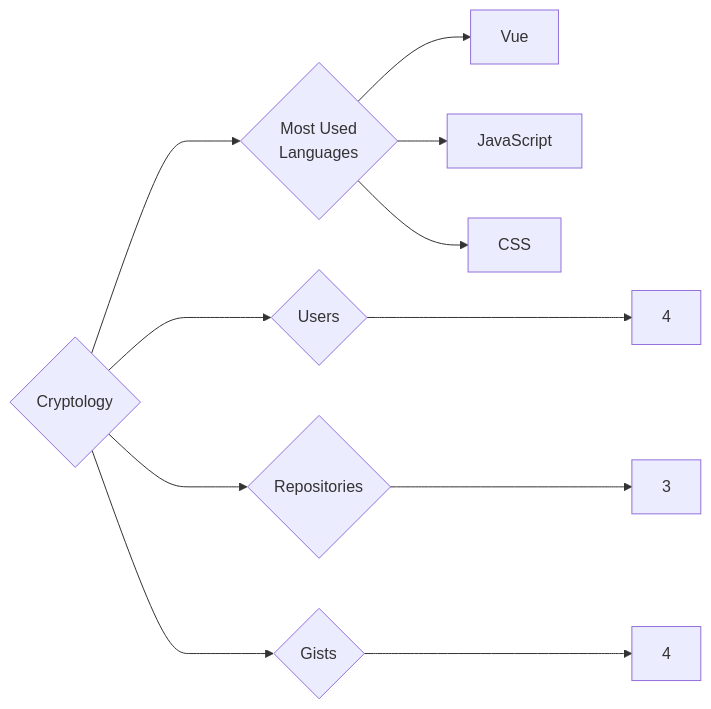
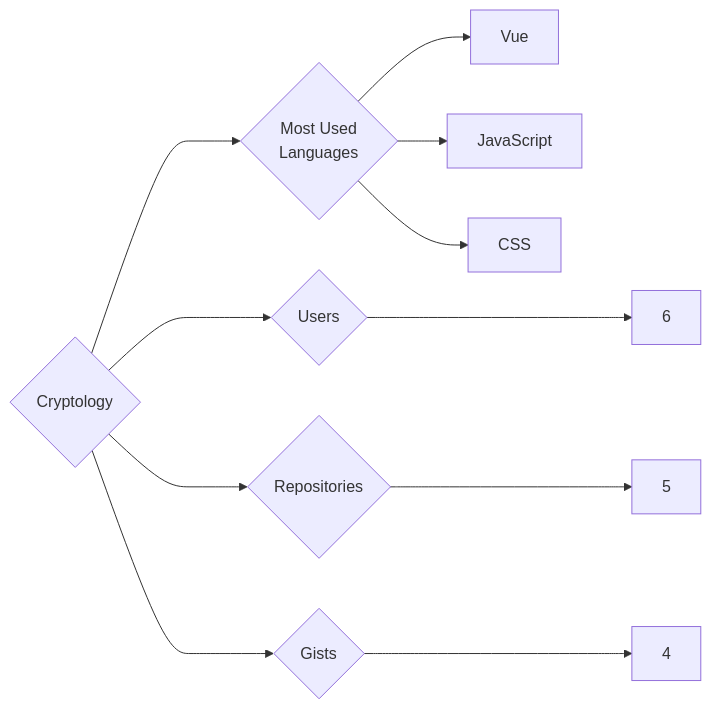
The diagram in targets/Cryptology/README.md (trickest/insiders), drawn with Mermaid before and after one commit. The commit also changed 942 other files, not shown here.

````diff
--- a/targets/Cryptology/README.md
+++ b/targets/Cryptology/README.md
@@ -3,11 +3,11 @@
 ```mermaid
 graph LR
 COMPANY_NAME{Cryptology}
-COMPANY_NAME ---> U{Users} ---> UN[4]
-COMPANY_NAME ---> R{Repositories} ---> RN[3]
+COMPANY_NAME ---> U{Users} ---> UN[6]
+COMPANY_NAME ---> R{Repositories} ---> RN[5]
 COMPANY_NAME ---> G{Gists} ---> GN[4]
 COMPANY_NAME ---> ML{Most Used<br>Languages}
 ML --> Vue[Vue]
 ML --> JavaScript[JavaScript]
 ML --> CSS[CSS]
 ```
````
